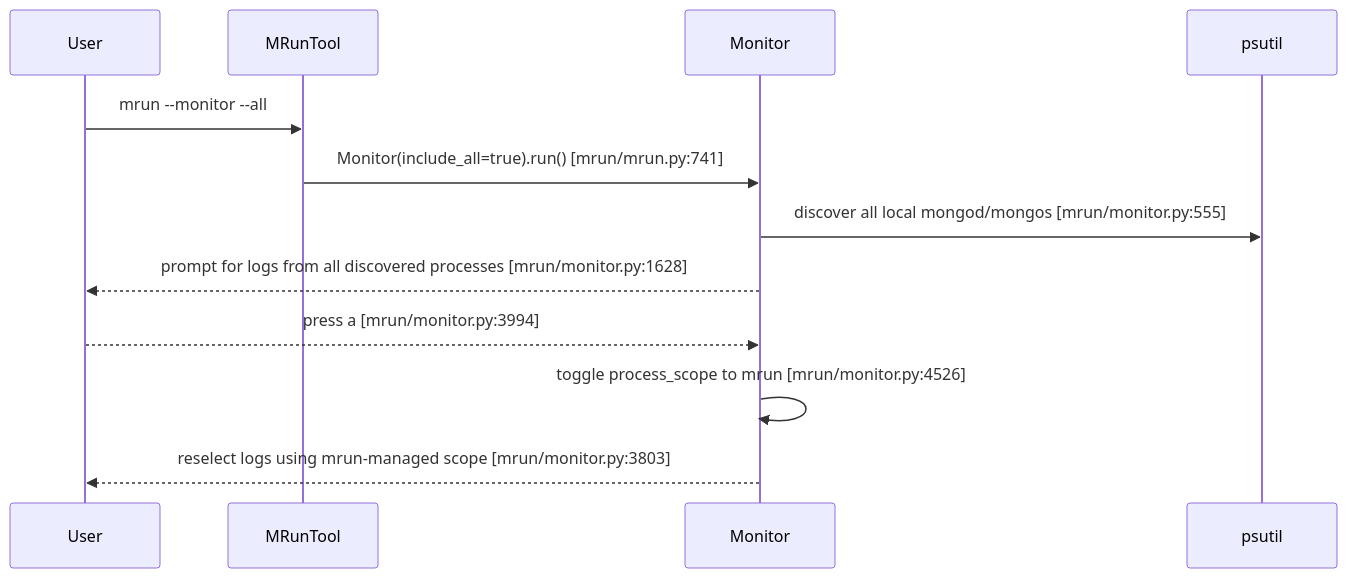
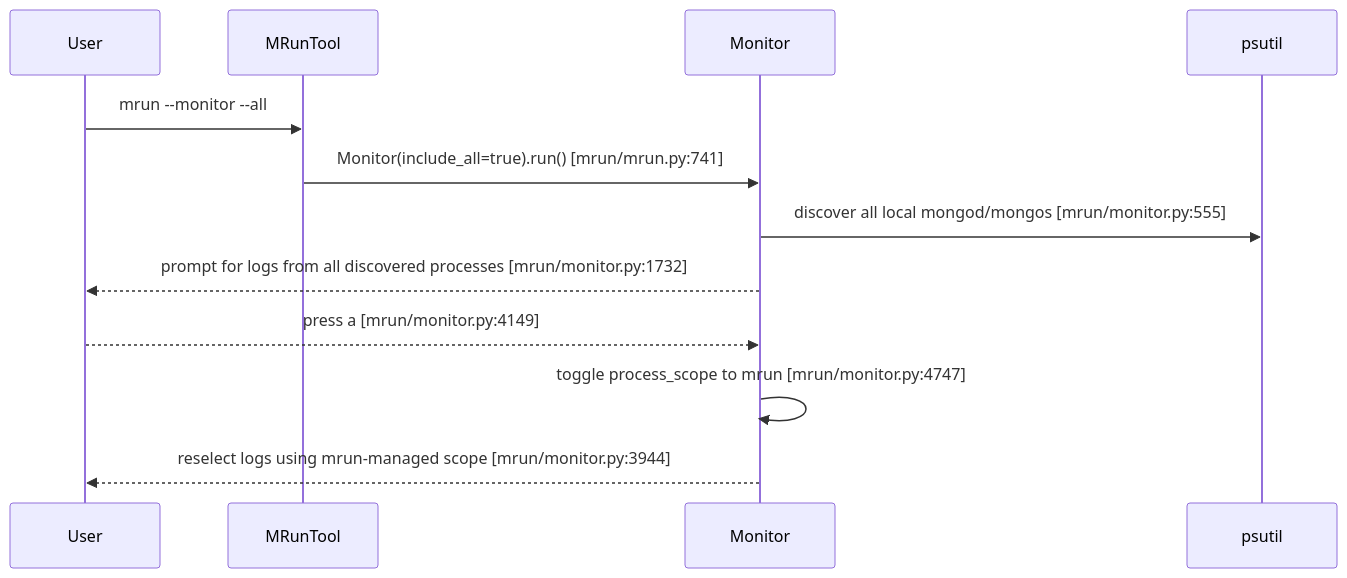
The second of 13 diagrams in doc/feature-monitor-guide.md (mongodb/mlaunch), drawn with Mermaid before and after one commit. The commit also changed other lines of this file and 2 other files, not shown here.

````diff
--- a/doc/feature-monitor-guide.md
+++ b/doc/feature-monitor-guide.md
@@ -196,15 +201,15 @@
 ```mermaid
 sequenceDiagram
     participant User
     participant Tool as MRunTool
     participant Monitor as Monitor
     participant PS as psutil
 
     User->>Tool: mrun --monitor --all
     Tool->>Monitor: Monitor(include_all=true).run() [mrun/mrun.py:741]
     Monitor->>PS: discover all local mongod/mongos [mrun/monitor.py:555]
-    Monitor-->>User: prompt for logs from all discovered processes [mrun/monitor.py:1628]
-    User-->>Monitor: press a [mrun/monitor.py:3994]
-    Monitor->>Monitor: toggle process_scope to mrun [mrun/monitor.py:4526]
-    Monitor-->>User: reselect logs using mrun-managed scope [mrun/monitor.py:3803]
+    Monitor-->>User: prompt for logs from all discovered processes [mrun/monitor.py:1732]
+    User-->>Monitor: press a [mrun/monitor.py:4149]
+    Monitor->>Monitor: toggle process_scope to mrun [mrun/monitor.py:4747]
+    Monitor-->>User: reselect logs using mrun-managed scope [mrun/monitor.py:3944]
 ```
````
